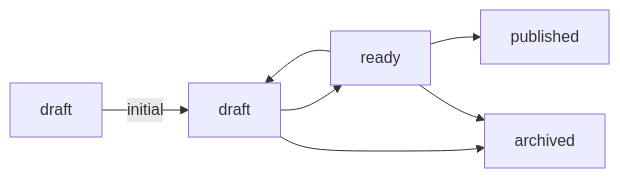
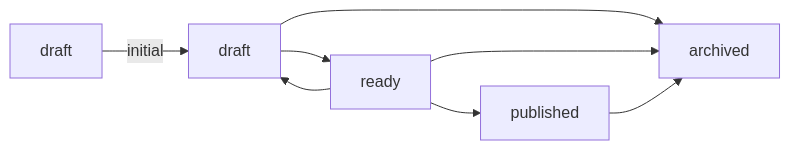
Before and after one commit to Koopa0/yomihon: the diagram in examples/vault/Notes/The status lifecycle.md, drawn with Mermaid. The commit also changed other lines of this file and 24 other files, not shown here.

````diff
--- a/examples/vault/Notes/The status lifecycle.md
+++ b/examples/vault/Notes/The status lifecycle.md
@@ -14,9 +12,10 @@
 ```mermaid
 flowchart LR
   draft -->|initial| draft2[draft]
   draft2 --> ready
   ready --> draft2
   ready --> published
   draft2 --> archived
   ready --> archived
+  published --> archived
 ```
````
